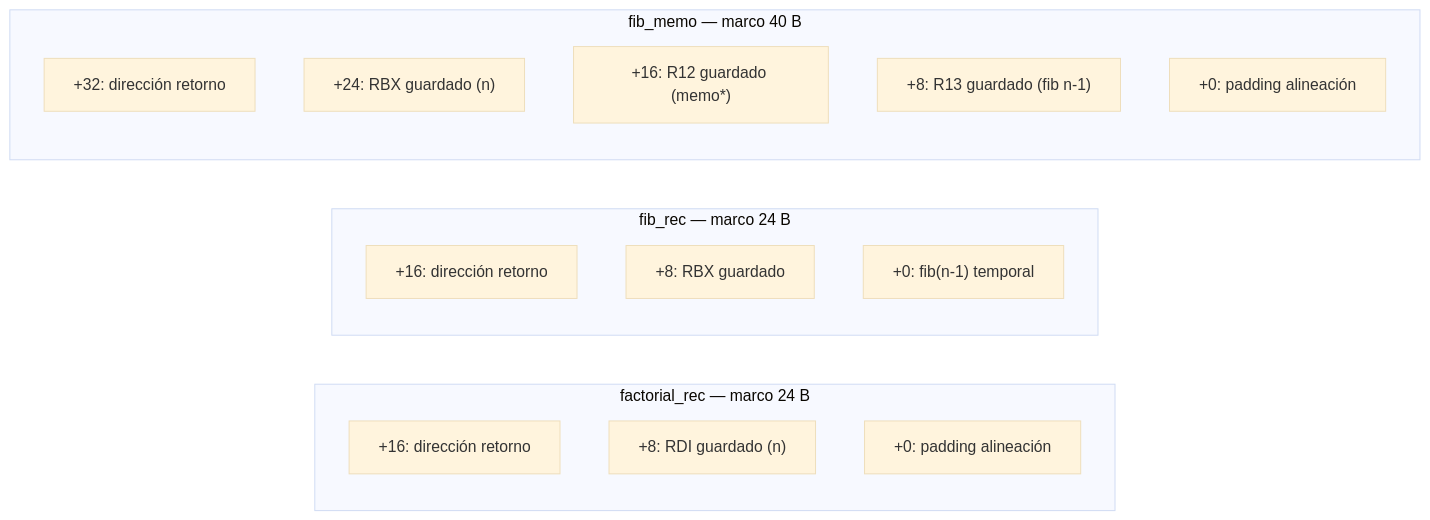
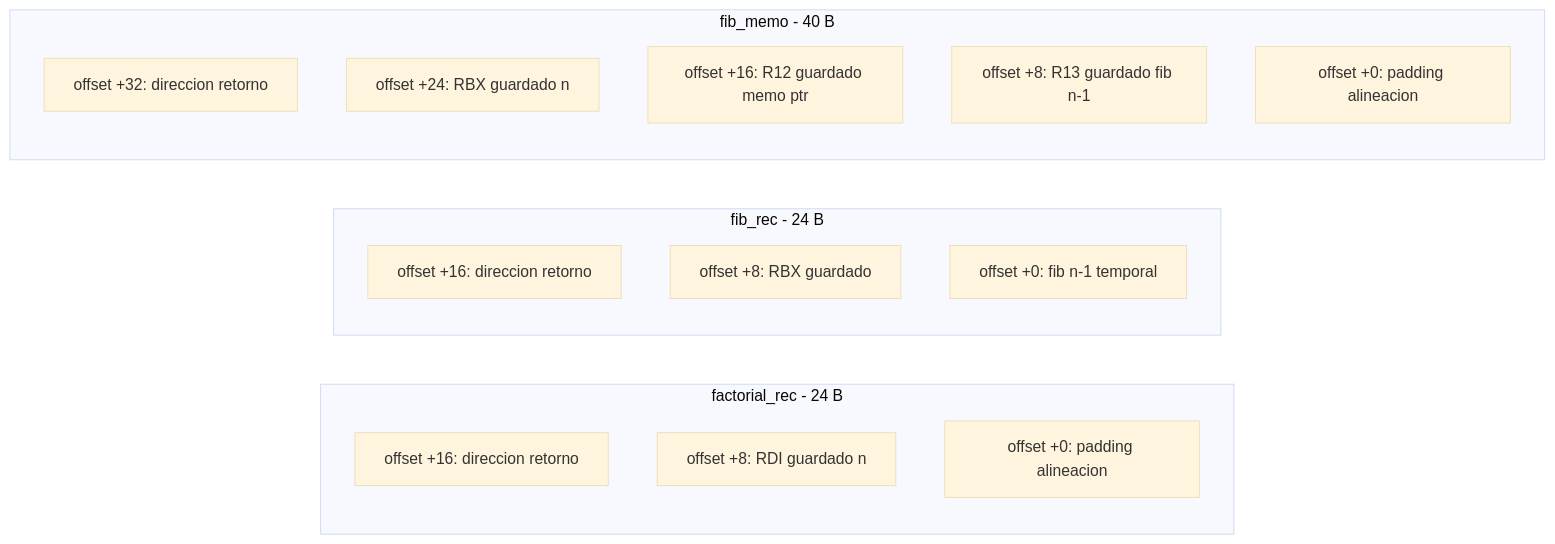
Before and after one commit to dsaucedol14/MEMARCH: the fourth of 5 diagrams in isa.md, drawn with Mermaid (base theme). The commit also changed other lines of this file, not shown here.

````diff
--- a/isa.md
+++ b/isa.md
@@ -471,22 +473,22 @@
 ```mermaid
 graph LR
-    subgraph "factorial_rec — marco 24 B"
-        A1["+16: dirección retorno"]
-        A2["+8:  RDI guardado (n)"]
-        A3["+0:  padding alineación"]
+    subgraph FR["factorial_rec - 24 B"]
+        A1["offset +16: direccion retorno"]
+        A2["offset +8: RDI guardado n"]
+        A3["offset +0: padding alineacion"]
     end
 
-    subgraph "fib_rec — marco 24 B"
-        B1["+16: dirección retorno"]
-        B2["+8:  RBX guardado"]
-        B3["+0:  fib(n-1) temporal"]
+    subgraph FI["fib_rec - 24 B"]
+        B1["offset +16: direccion retorno"]
+        B2["offset +8: RBX guardado"]
+        B3["offset +0: fib n-1 temporal"]
     end
 
-    subgraph "fib_memo — marco 40 B"
-        C1["+32: dirección retorno"]
-        C2["+24: RBX guardado (n)"]
-        C3["+16: R12 guardado (memo*)"]
-        C4["+8:  R13 guardado (fib n-1)"]
-        C5["+0:  padding alineación"]
+    subgraph FM["fib_memo - 40 B"]
+        C1["offset +32: direccion retorno"]
+        C2["offset +24: RBX guardado n"]
+        C3["offset +16: R12 guardado memo ptr"]
+        C4["offset +8: R13 guardado fib n-1"]
+        C5["offset +0: padding alineacion"]
     end
 ```
````
